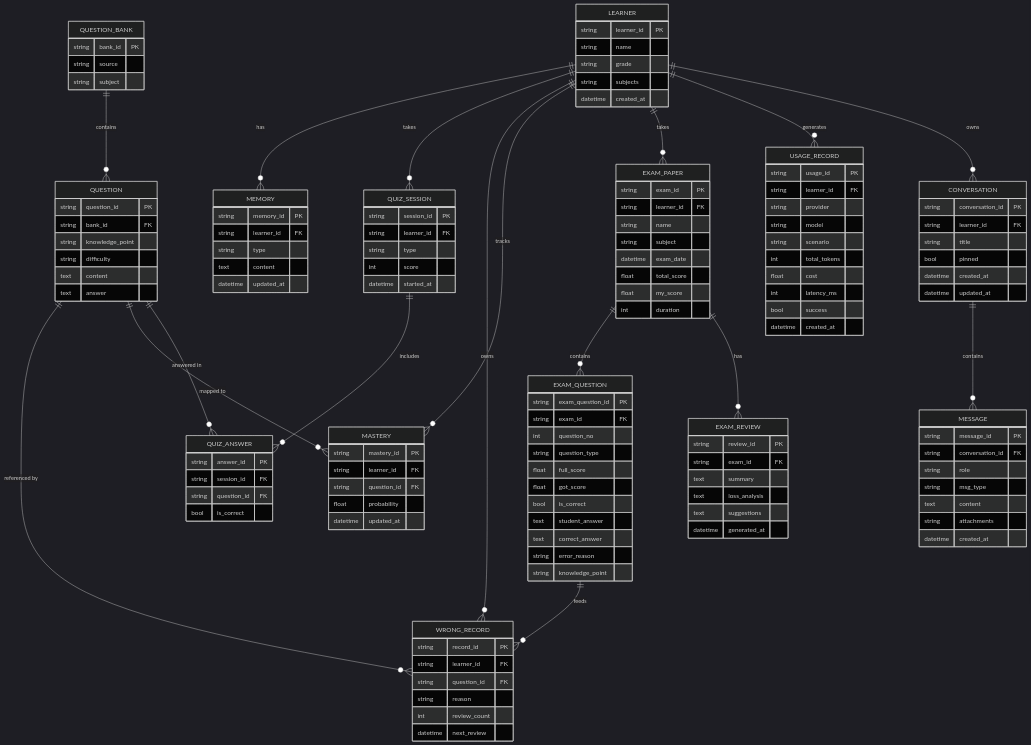
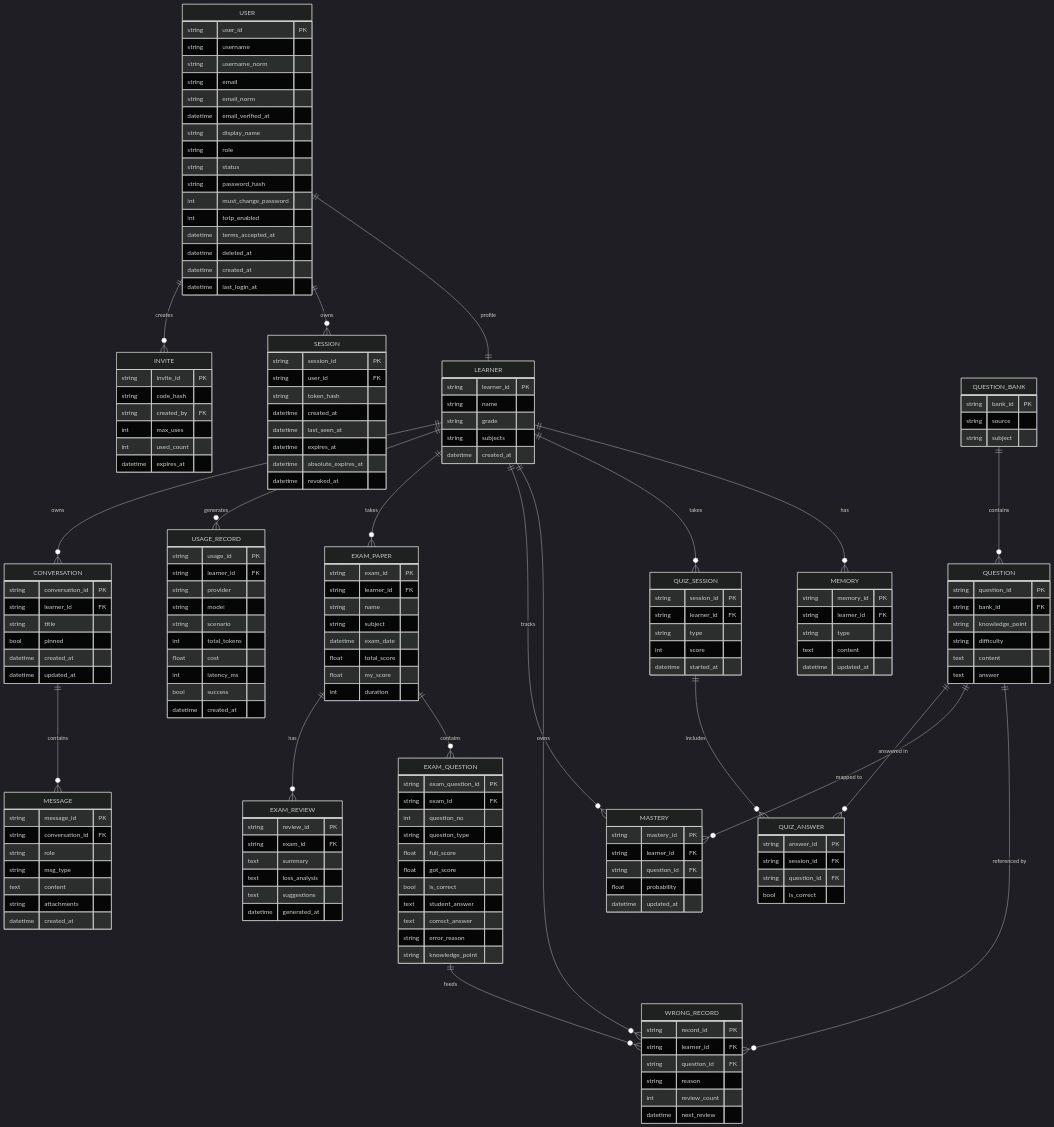
One commit to WakuWaku1337/Stuagent changed diagram 16 of 18 in 智学Agent项目设计文档.md. Above: the diagram before and after it, drawn with Mermaid (dark theme). The commit also changed other lines of this file and 82 other files, not shown here.

````diff
--- a/智学Agent项目设计文档.md
+++ b/智学Agent项目设计文档.md
@@ -1710,5 +1945,8 @@
 ```mermaid
 erDiagram
+    USER ||--|| LEARNER : "profile"
+    USER ||--o{ SESSION : "owns"
+    USER ||--o{ INVITE : "creates"
     LEARNER ||--o{ MEMORY : has
     LEARNER ||--o{ QUIZ_SESSION : takes
     LEARNER ||--o{ WRONG_RECORD : owns
@@ -1841,4 +2079,40 @@
         string attachments
         datetime created_at
     }
+    USER {
+        string user_id PK
+        string username
+        string username_norm
+        string email
+        string email_norm
+        datetime email_verified_at
+        string display_name
+        string role
+        string status
+        string password_hash
+        int must_change_password
+        int totp_enabled
+        datetime terms_accepted_at
+        datetime deleted_at
+        datetime created_at
+        datetime last_login_at
+    }
+    SESSION {
+        string session_id PK
+        string user_id FK
+        string token_hash
+        datetime created_at
+        datetime last_seen_at
+        datetime expires_at
+        datetime absolute_expires_at
+        datetime revoked_at
+    }
+    INVITE {
+        string invite_id PK
+        string code_hash
+        string created_by FK
+        int max_uses
+        int used_count
+        datetime expires_at
+    }
 ```
````
